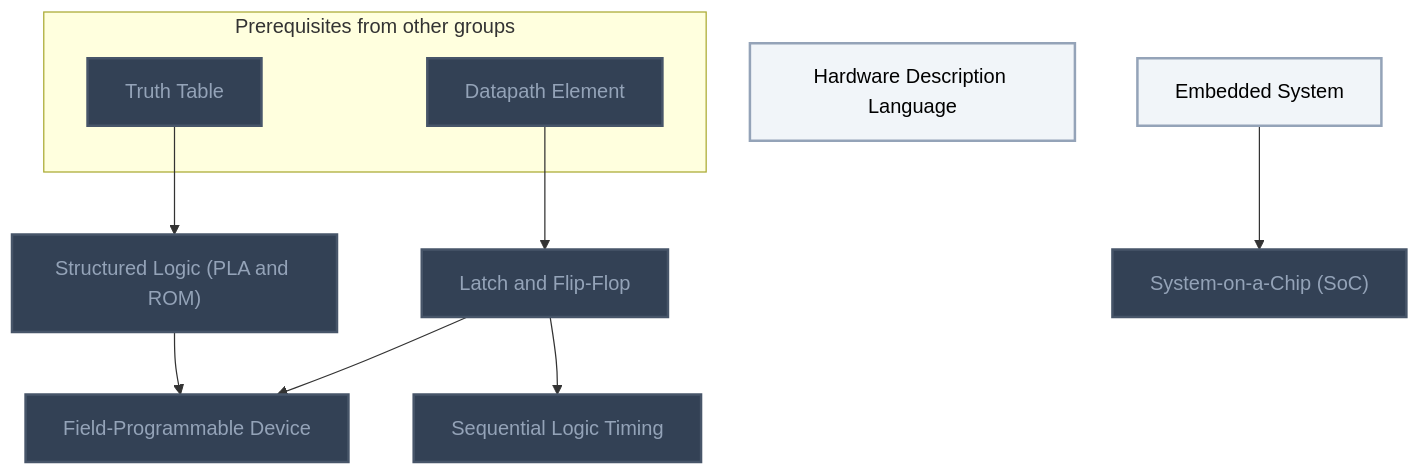
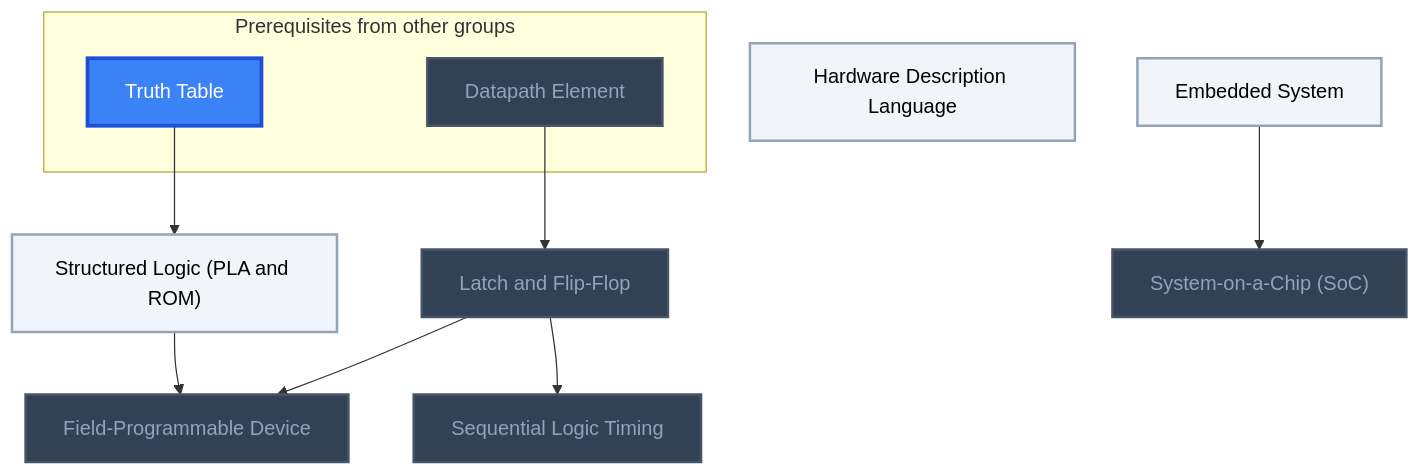
One commit to MRauf1/My-Notes changed the eighth of 8 diagrams in Gamification/Skill Trees/Computer Architecture.md. Above: the diagram before and after it, drawn with Mermaid. The commit also changed other lines of this file and 62 other files, not shown here.

````diff
--- a/Gamification/Skill Trees/Computer Architecture.md
+++ b/Gamification/Skill Trees/Computer Architecture.md
@@ -469,32 +472,33 @@
 ```mermaid
 flowchart TD
     classDef planned fill:#1E293B,stroke:#64748B,stroke-width:2px,stroke-dasharray:5 5,color:#94A3B8;
     classDef locked fill:#334155,stroke:#475569,stroke-width:2px,color:#94A3B8;
     classDef L0 fill:#F1F5F9,stroke:#94A3B8,stroke-width:2px,color:#000000;
     classDef L1 fill:#22C55E,stroke:#15803D,stroke-width:2px,color:#000000;
     classDef L2 fill:#3B82F6,stroke:#1D4ED8,stroke-width:3px,color:#FFFFFF;
     classDef L3 fill:#A855F7,stroke:#6B21A8,stroke-width:3px,color:#FFFFFF,font-weight:bold;
     classDef L4 fill:#F97316,stroke:#C2410C,stroke-width:4px,color:#000000,font-weight:bold;
     classDef L5 fill:#FFD700,stroke:#FF8C00,stroke-width:5px,color:#000000,font-weight:bold;
     classDef rusty stroke:#8B4513,stroke-width:4px,stroke-dasharray:3 3;
     subgraph sg_prereqs["Prerequisites from other groups"]
         n_truth_table["Truth Table"]
         n_datapath_element["Datapath Element"]
     end
     n_structured_logic_pla_and_rom["Structured Logic (PLA and ROM)"]
     n_hardware_description_language["Hardware Description Language"]
     n_latch_and_flip_flop["Latch and Flip-Flop"]
     n_sequential_logic_timing["Sequential Logic Timing"]
     n_field_programmable_device["Field-Programmable Device"]
     n_embedded_system["Embedded System"]
     n_system_on_a_chip_soc["System-on-a-Chip (SoC)"]
     n_truth_table --> n_structured_logic_pla_and_rom
     n_datapath_element --> n_latch_and_flip_flop
     n_latch_and_flip_flop --> n_sequential_logic_timing
     n_structured_logic_pla_and_rom --> n_field_programmable_device
     n_latch_and_flip_flop --> n_field_programmable_device
     n_embedded_system --> n_system_on_a_chip_soc
-    class n_truth_table,n_datapath_element,n_structured_logic_pla_and_rom,n_latch_and_flip_flop,n_sequential_logic_timing,n_field_programmable_device,n_system_on_a_chip_soc locked;
-    class n_hardware_description_language,n_embedded_system L0;
+    class n_datapath_element,n_latch_and_flip_flop,n_sequential_logic_timing,n_field_programmable_device,n_system_on_a_chip_soc locked;
+    class n_structured_logic_pla_and_rom,n_hardware_description_language,n_embedded_system L0;
+    class n_truth_table L2;
     class n_truth_table,n_datapath_element,n_structured_logic_pla_and_rom,n_hardware_description_language,n_latch_and_flip_flop,n_sequential_logic_timing,n_field_programmable_device,n_embedded_system,n_system_on_a_chip_soc internal-link;
 ```
````
